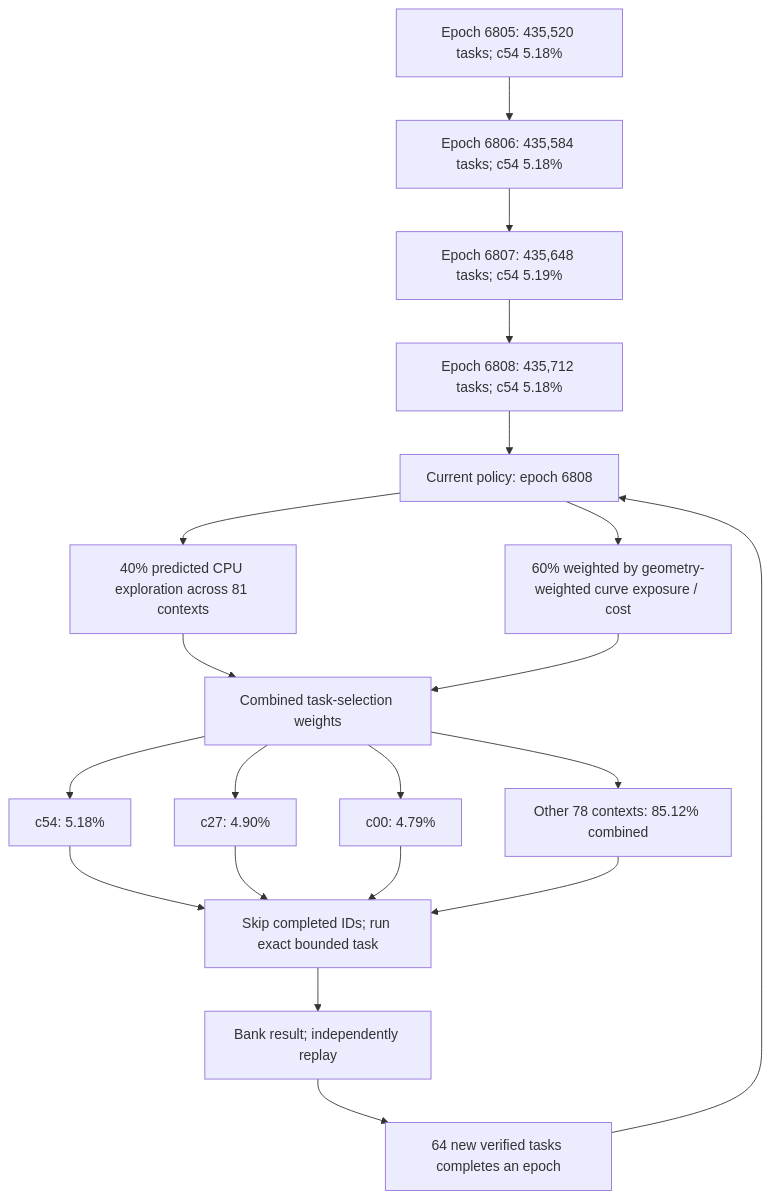
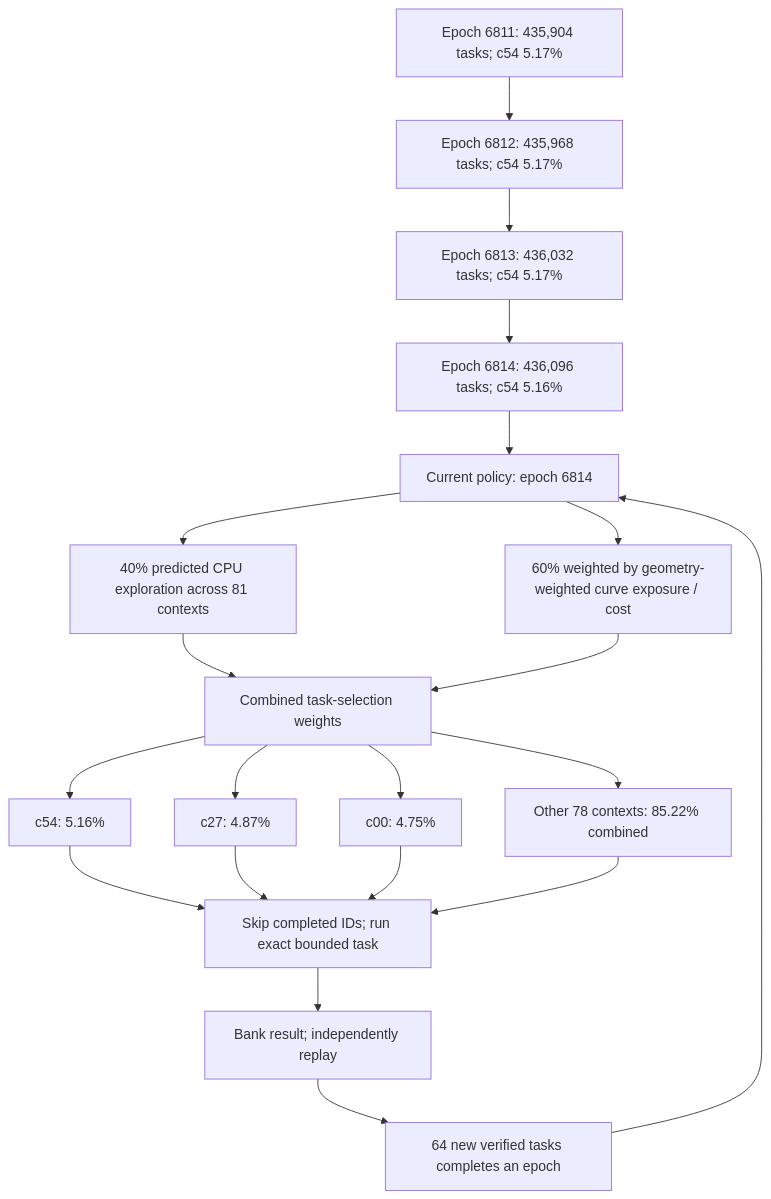
The first of 4 diagrams in README.md (Kuberwastaken/math-gambling), drawn with Mermaid before and after one commit. The commit also changed other lines of this file and 1371 other files, not shown here.

````diff
--- a/README.md
+++ b/README.md
@@ -60,27 +60,27 @@
 ```mermaid
 flowchart TD
-    H0["Epoch 6805: 435,520 tasks; c54 5.18%"]
-    H1["Epoch 6806: 435,584 tasks; c54 5.18%"]
+    H0["Epoch 6811: 435,904 tasks; c54 5.17%"]
+    H1["Epoch 6812: 435,968 tasks; c54 5.17%"]
     H0 --> H1
-    H2["Epoch 6807: 435,648 tasks; c54 5.19%"]
+    H2["Epoch 6813: 436,032 tasks; c54 5.17%"]
     H1 --> H2
-    H3["Epoch 6808: 435,712 tasks; c54 5.18%"]
+    H3["Epoch 6814: 436,096 tasks; c54 5.16%"]
     H2 --> H3
-    Policy["Current policy: epoch 6808"]
+    Policy["Current policy: epoch 6814"]
     H3 --> Policy
     Policy --> Explore["40% predicted CPU exploration across 81 contexts"]
     Policy --> Cost["60% weighted by geometry-weighted curve exposure / cost"]
     Explore --> Mix["Combined task-selection weights"]
     Cost --> Mix
-    Mix --> C0["c54: 5.18%"]
-    Mix --> C1["c27: 4.90%"]
-    Mix --> C2["c00: 4.79%"]
-    Mix --> Rest["Other 78 contexts: 85.12% combined"]
+    Mix --> C0["c54: 5.16%"]
+    Mix --> C1["c27: 4.87%"]
+    Mix --> C2["c00: 4.75%"]
+    Mix --> Rest["Other 78 contexts: 85.22% combined"]
     C0 --> Check["Skip completed IDs; run exact bounded task"]
     C1 --> Check
     C2 --> Check
     Rest --> Check
     Check --> Replay["Bank result; independently replay"]
     Replay --> Gate["64 new verified tasks completes an epoch"]
     Gate --> Policy
 ```
````
